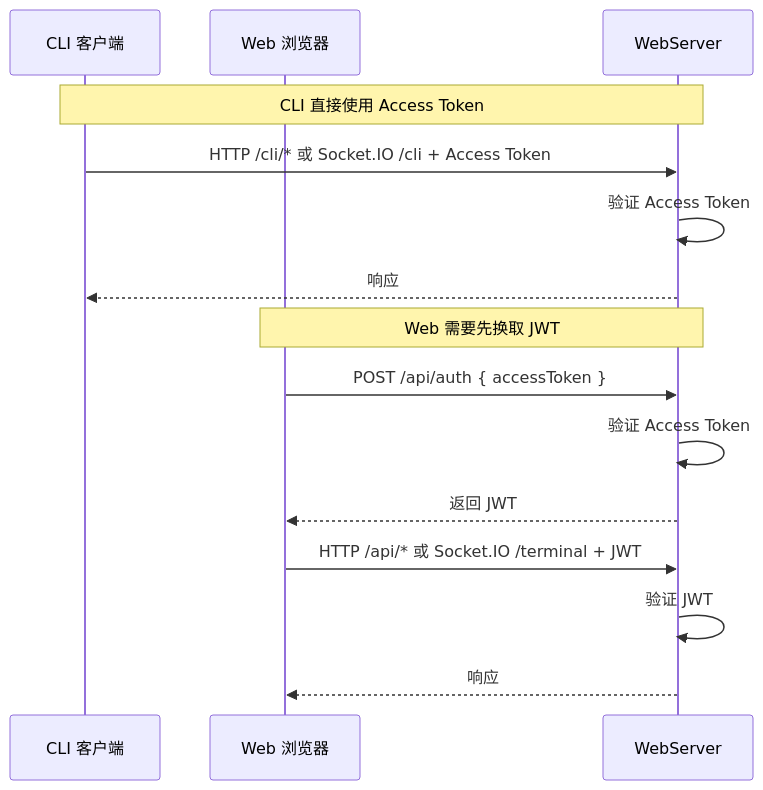
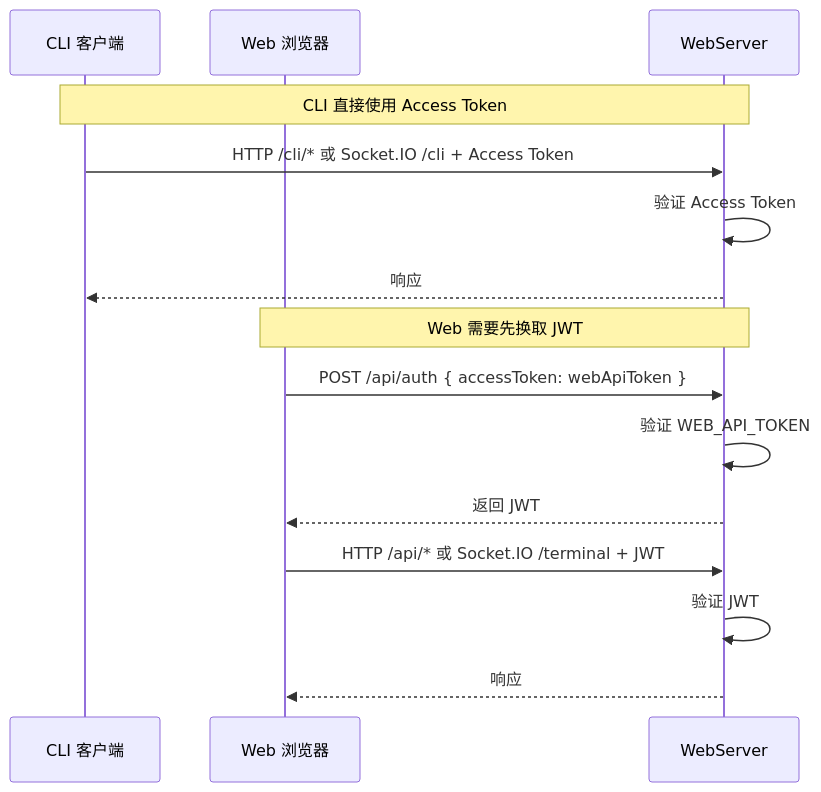
The first of 6 diagrams in docs/architecture/hub/web/auth.md (ModuBit/mobi), drawn with Mermaid before and after one commit. The commit also changed other lines of this file and 2 other files, not shown here.

Commit message:
docs: 双密钥分离认证（cliApiToken + webApiToken）

````diff
--- a/docs/architecture/hub/web/auth.md
+++ b/docs/architecture/hub/web/auth.md
@@ -14,19 +17,19 @@
 ```mermaid
 sequenceDiagram
     participant CLI as CLI 客户端
     participant Web as Web 浏览器
     participant Server as WebServer
 
     Note over CLI,Server: CLI 直接使用 Access Token
     CLI->>Server: HTTP /cli/* 或 Socket.IO /cli + Access Token
     Server->>Server: 验证 Access Token
     Server-->>CLI: 响应
 
     Note over Web,Server: Web 需要先换取 JWT
-    Web->>Server: POST /api/auth { accessToken }
-    Server->>Server: 验证 Access Token
+    Web->>Server: POST /api/auth { accessToken: webApiToken }
+    Server->>Server: 验证 WEB_API_TOKEN
     Server-->>Web: 返回 JWT
     Web->>Server: HTTP /api/* 或 Socket.IO /terminal + JWT
     Server->>Server: 验证 JWT
     Server-->>Web: 响应
 ```
````
